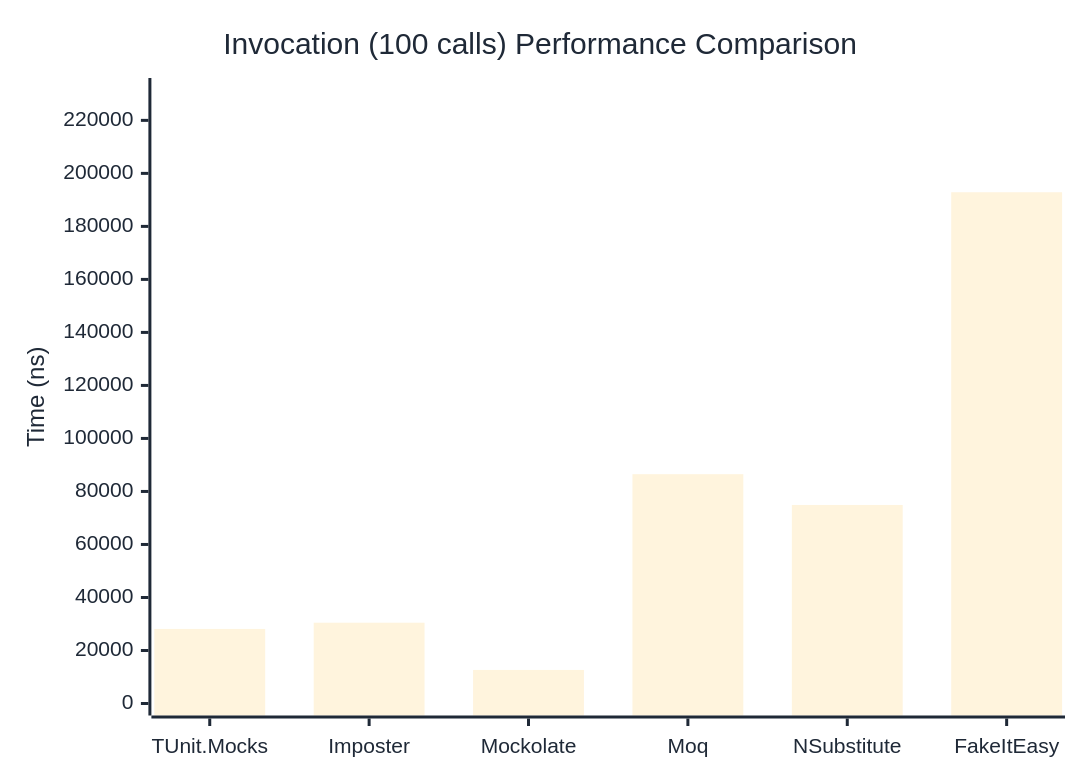
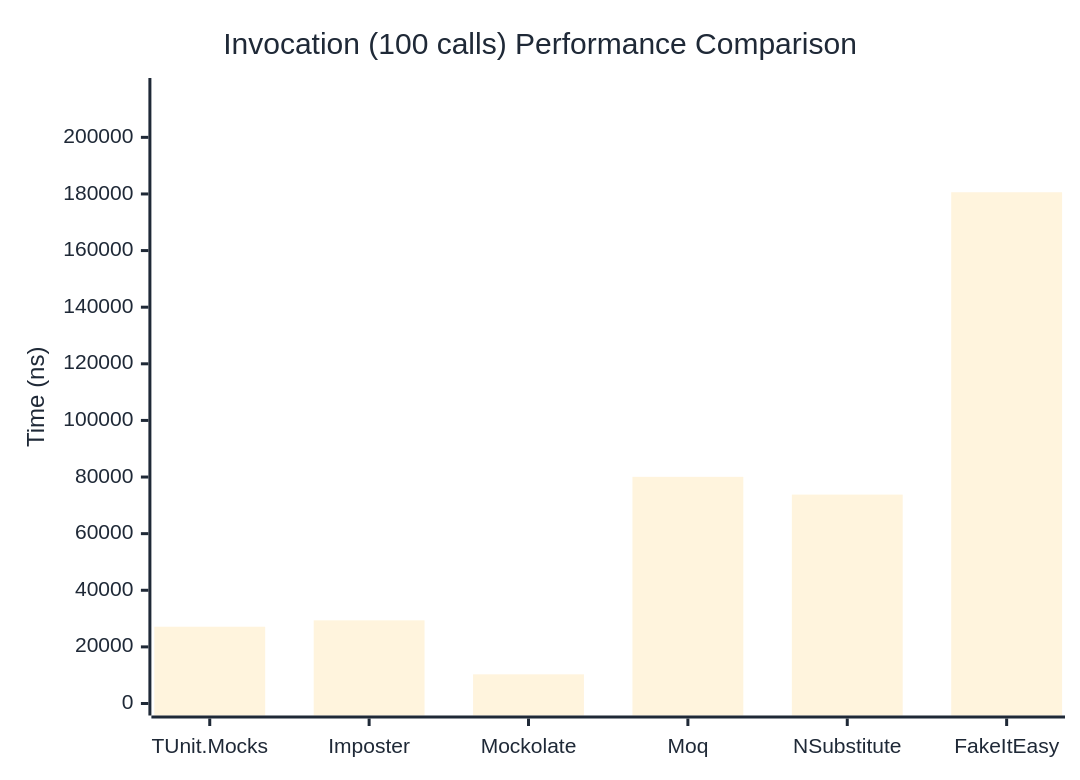
The third of 3 diagrams in docs/docs/benchmarks/mocks/Invocation.md (thomhurst/TUnit), drawn with Mermaid before and after one commit. The commit also changed other lines of this file and 14 other files, not shown here.

````diff
--- a/docs/docs/benchmarks/mocks/Invocation.md
+++ b/docs/docs/benchmarks/mocks/Invocation.md
@@ -112,27 +112,27 @@
 ```mermaid
 %%{init: {
   'theme':'base',
   'themeVariables': {
     'primaryColor': '#2563eb',
     'primaryTextColor': '#1f2937',
     'primaryBorderColor': '#1e40af',
     'lineColor': '#6b7280',
     'secondaryColor': '#7c3aed',
     'tertiaryColor': '#dc2626',
     'background': '#ffffff',
     'pie1': '#2563eb',
     'pie2': '#7c3aed',
     'pie3': '#dc2626',
     'pie4': '#f59e0b',
     'pie5': '#10b981',
     'pie6': '#06b6d4',
     'pie7': '#ec4899',
     'pie8': '#6366f1'
   }
 }}%%
 xychart-beta
   title "Invocation (100 calls) Performance Comparison"
   x-axis ["TUnit.Mocks", "Imposter", "Mockolate", "Moq", "NSubstitute", "FakeItEasy"]
-  y-axis "Time (ns)" 0 --> 231457
-  bar [28133.1, 30478.6, 12661, 86517, 74900.2, 192880.1]
+  y-axis "Time (ns)" 0 --> 216726
+  bar [27119.77, 29375.44, 10307.65, 80072.1, 73798.98, 180604.71]
 ```
````
